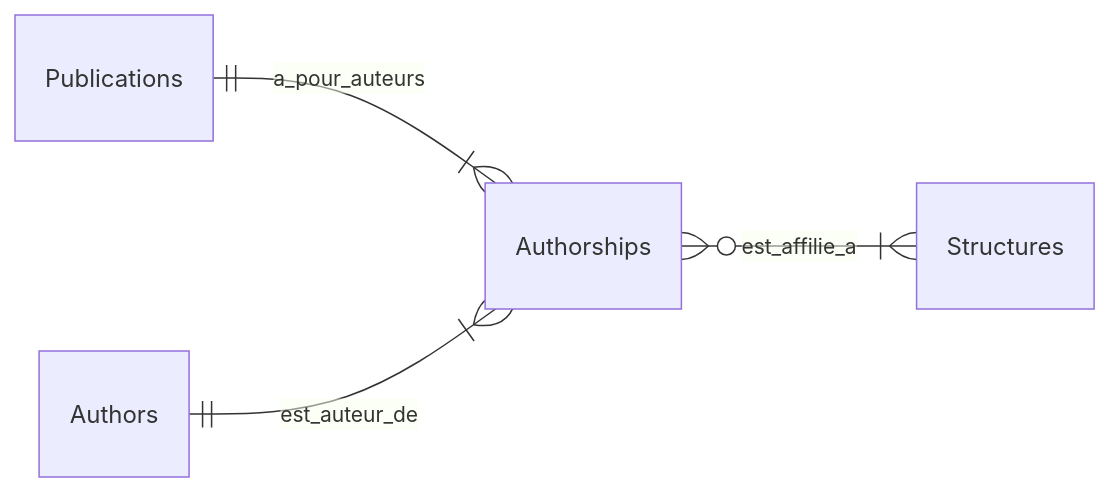
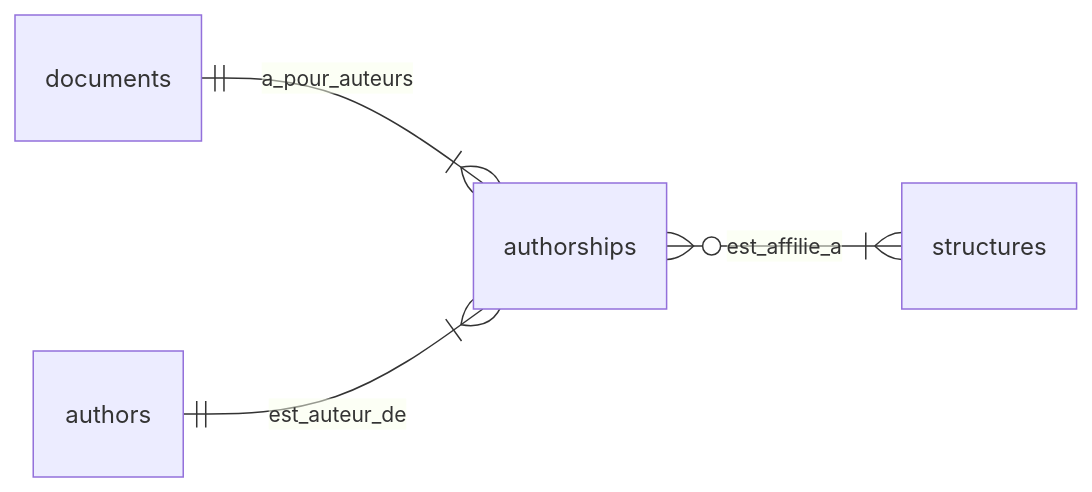
The third of 9 diagrams in docs/pipeline.md (Y33sha/bibliometrie-uca), drawn with Mermaid before and after one commit. The commit also changed other lines of this file and 5 other files, not shown here.

````diff
--- a/docs/pipeline.md
+++ b/docs/pipeline.md
@@ -118,8 +122,8 @@
 ```mermaid
 erDiagram 
     direction LR
-    Publications ||--|{ Authorships : a_pour_auteurs
-    Authors ||--|{ Authorships : est_auteur_de
-    Authorships }o--|{ Structures : est_affilie_a
+    documents ||--|{ authorships : a_pour_auteurs
+    authors ||--|{ authorships : est_auteur_de
+    authorships }o--|{ structures : est_affilie_a
 
 ```
````
